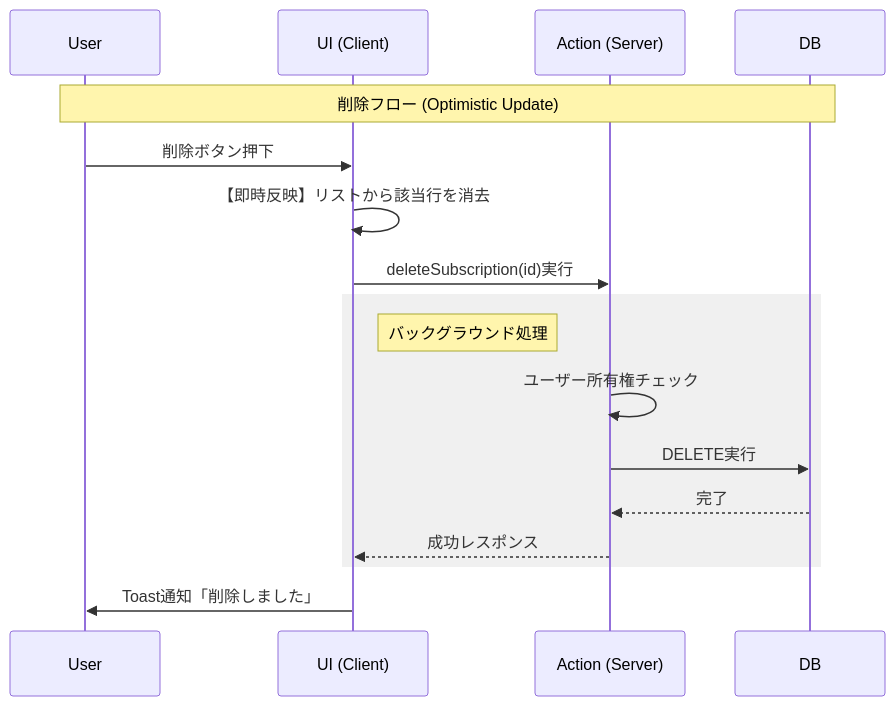
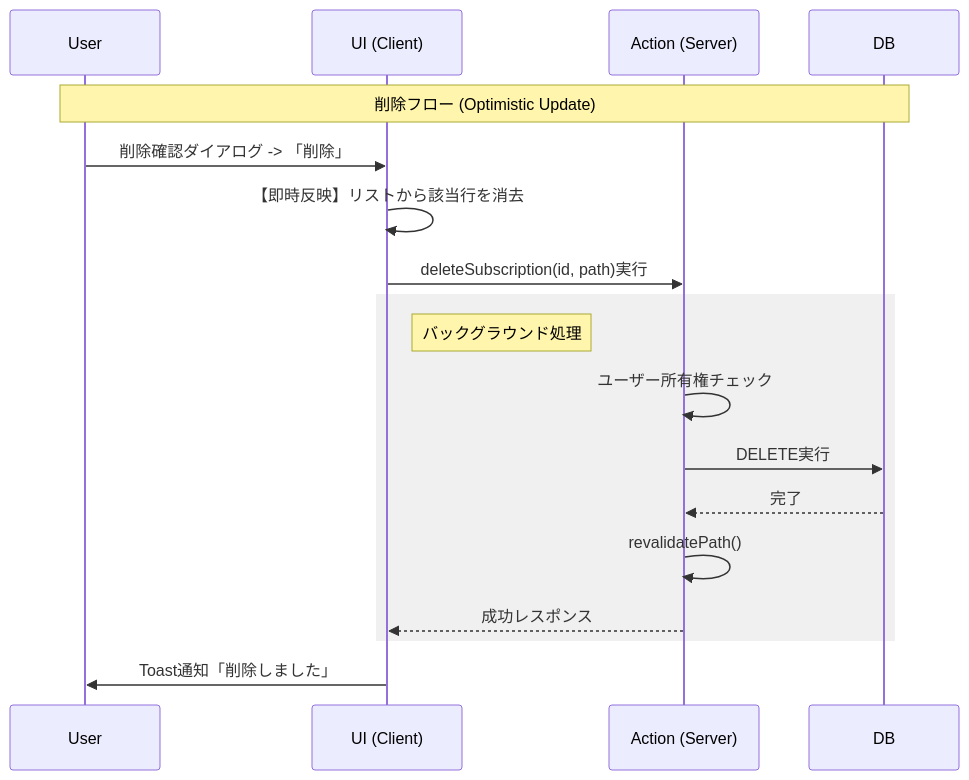
The diagram in README.md (SeoliWorks/Subscription-Manager), drawn with Mermaid before and after one commit. The commit also changed other lines of this file, not shown here.

````diff
--- a/README.md
+++ b/README.md
@@ -54,22 +54,23 @@
 ```mermaid
 sequenceDiagram
     participant User
     participant UI (Client)
     participant Action (Server)
     participant DB
 
     Note over User, DB: 削除フロー (Optimistic Update)
-    User->>UI (Client): 削除ボタン押下
+    User->>UI (Client): 削除確認ダイアログ -> 「削除」
     UI (Client)->>UI (Client): 【即時反映】リストから該当行を消去
-    UI (Client)->>Action (Server): deleteSubscription(id)実行
+    UI (Client)->>Action (Server): deleteSubscription(id, path)実行
     
     rect rgb(240, 240, 240)
         Note right of UI (Client): バックグラウンド処理
         Action (Server)->>Action (Server): ユーザー所有権チェック
         Action (Server)->>DB: DELETE実行
         DB-->>Action (Server): 完了
+        Action (Server)->>Action (Server): revalidatePath()
         Action (Server)-->>UI (Client): 成功レスポンス
     end
 
     UI (Client)->>User: Toast通知「削除しました」
 ```
````
